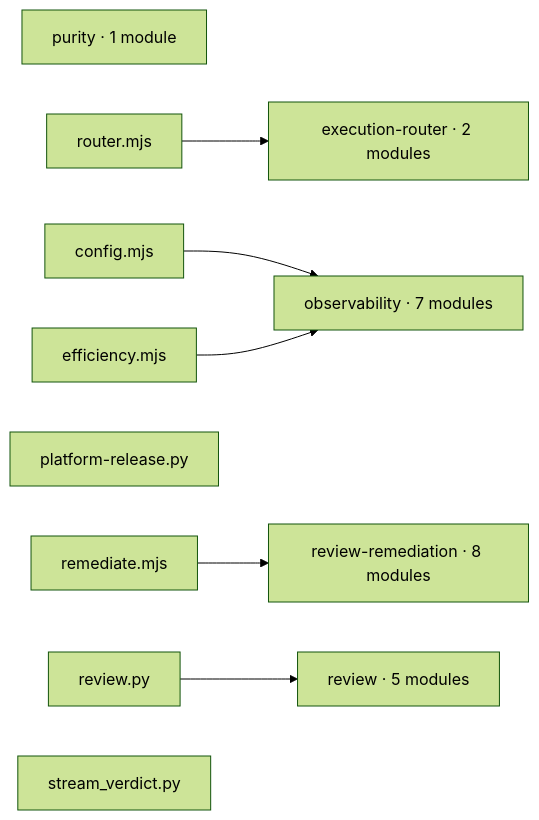
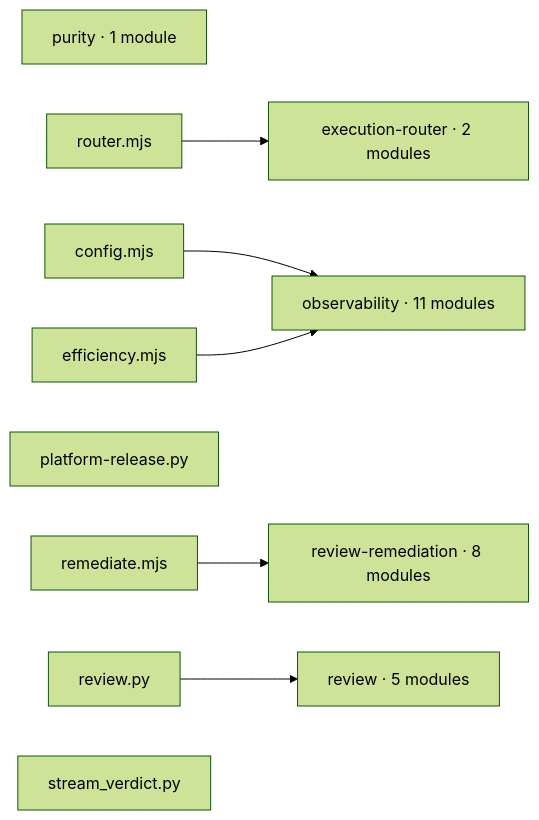
The first of 2 diagrams in docs/generated/runtime-map.md (arbitraged-life/agent-platform), drawn with Mermaid (forest theme) before and after one commit. The commit also changed other lines of this file and 24 other files, not shown here.

````diff
--- a/docs/generated/runtime-map.md
+++ b/docs/generated/runtime-map.md
@@ -11,20 +11,20 @@
 ```mermaid
 flowchart LR
     n3b3bd3ff01d6["execution-router · 2 modules"]
-    n6691ff7ae175["observability · 7 modules"]
+    n6691ff7ae175["observability · 11 modules"]
     n6b46c59d409d["purity · 1 module"]
     nbd9463690bd1["review · 5 modules"]
     nd8c919fe5f7d["review-remediation · 8 modules"]
     n94f99a9490f5["router.mjs"]
     n4269fc639fb8["config.mjs"]
     n6b60423d3b7f["efficiency.mjs"]
     nfe02331e31be["platform-release.py"]
     nc30b1a71b638["remediate.mjs"]
     n8b14b415a924["review.py"]
     n9c5498235c75["stream_verdict.py"]
     n94f99a9490f5 --> n3b3bd3ff01d6
     n4269fc639fb8 --> n6691ff7ae175
     n6b60423d3b7f --> n6691ff7ae175
     nc30b1a71b638 --> nd8c919fe5f7d
     n8b14b415a924 --> nbd9463690bd1
 ```
````
